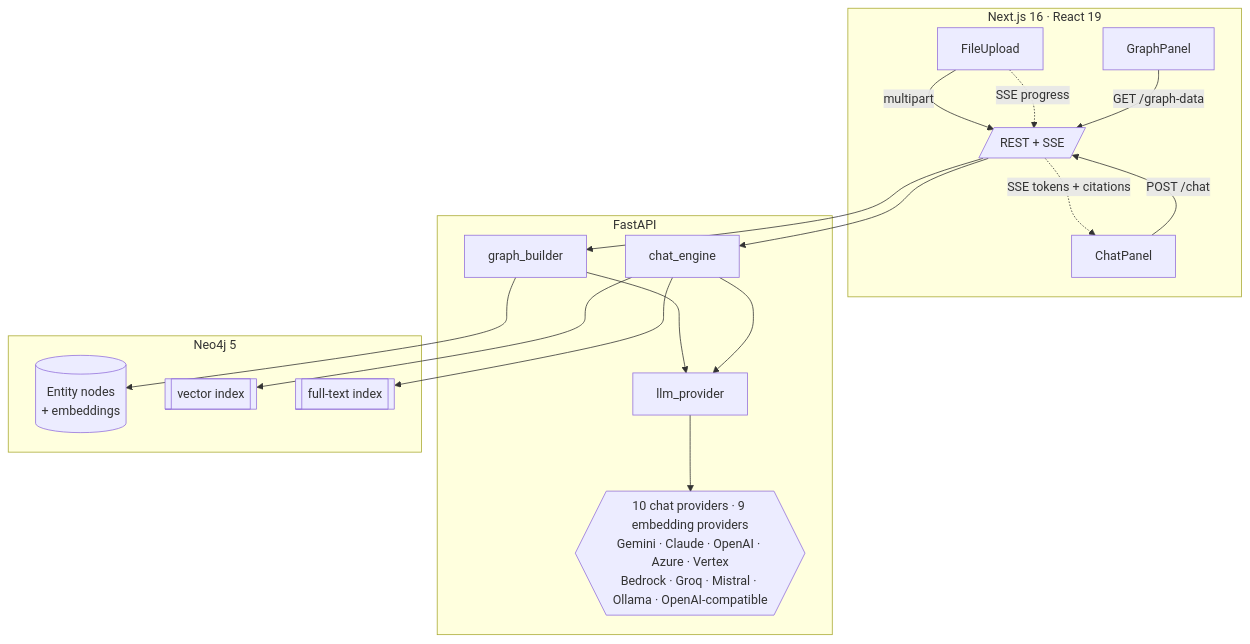
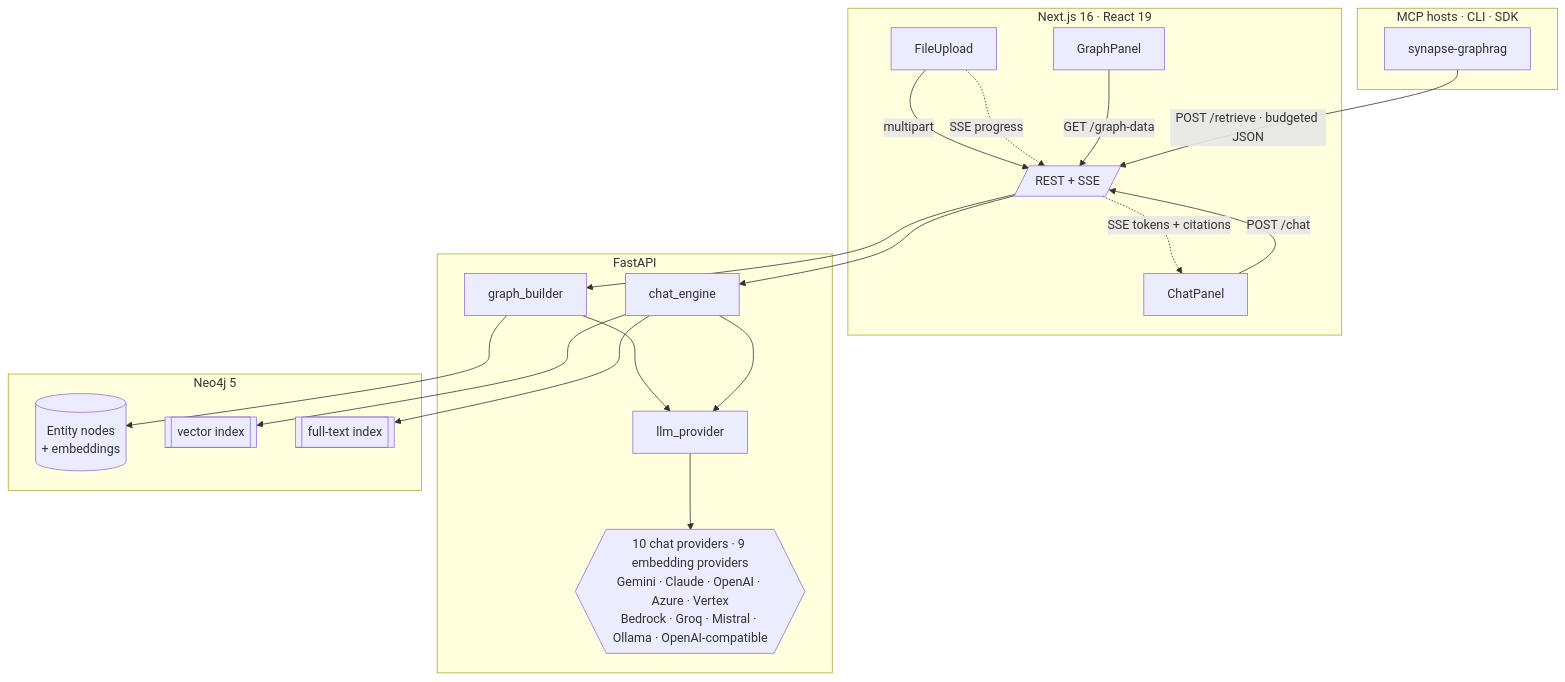
Before and after one commit to ahmedmaaloul/synapse: the first of 6 diagrams in ARCHITECTURE.md, drawn with Mermaid. The commit also changed other lines of this file and 51 other files, not shown here.

First line of the commit message:
feat: MCP server, CLI & Python client, retrieval-only API, AI-safety theme, release automation (0.4.0)

````diff
--- a/ARCHITECTURE.md
+++ b/ARCHITECTURE.md
@@ -10,28 +10,32 @@
 ```mermaid
 flowchart TB
     subgraph Client [Next.js 16 · React 19]
         UP[FileUpload] -->|multipart| API
         UP -.->|SSE progress| API
         CH[ChatPanel] -->|POST /chat| API
         API -.->|SSE tokens + citations| CH
         GP[GraphPanel] -->|GET /graph-data| API
+    end
+
+    subgraph Agents [MCP hosts · CLI · SDK]
+        MCP[synapse-graphrag] -->|POST /retrieve · budgeted JSON| API
     end
 
     subgraph Engine [FastAPI]
         API[/REST + SSE/] --> GB[graph_builder]
         API --> CE[chat_engine]
         GB --> LP[llm_provider]
         CE --> LP
         LP --> EXT{{"10 chat providers · 9 embedding providers<br/>Gemini · Claude · OpenAI · Azure · Vertex<br/>Bedrock · Groq · Mistral · Ollama · OpenAI-compatible"}}
     end
 
     subgraph Data [Neo4j 5]
         NODES[(Entity nodes<br/>+ embeddings)]
         VIDX[[vector index]]
         FIDX[[full-text index]]
     end
 
     GB --> NODES
     CE --> VIDX
     CE --> FIDX
 ```
````
